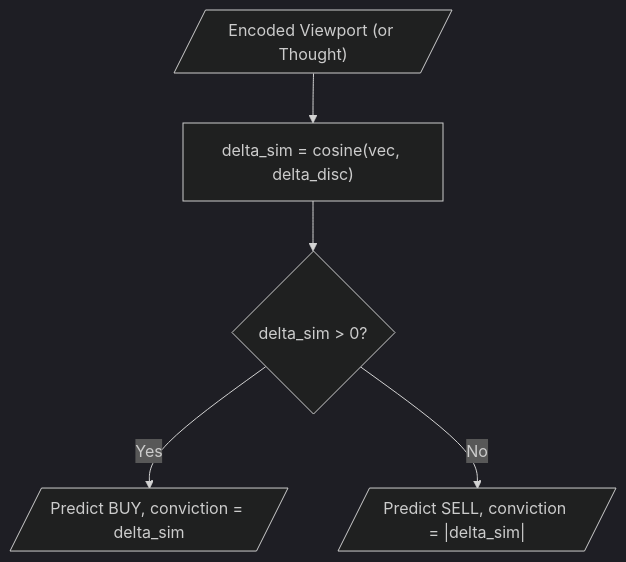
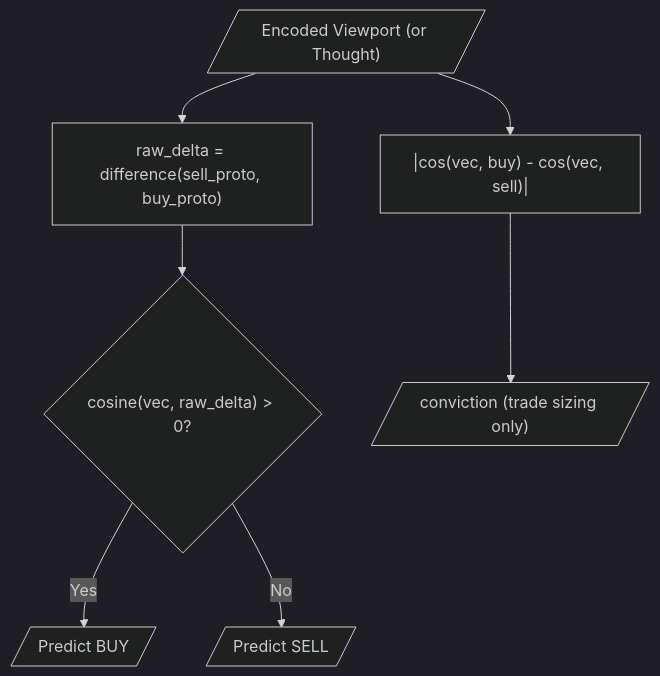
One commit to watmin/holon-lab-trading changed the first of 4 diagrams in EXPERIMENT_LOG.md. Above: the diagram before and after it, drawn with Mermaid (dark theme). The commit also changed other lines of this file and 5 other files, not shown here.

First line of the commit message:
fix: remove smoothed delta_disc, use raw delta for direction prediction

````diff
--- a/EXPERIMENT_LOG.md
+++ b/EXPERIMENT_LOG.md
@@ -112,7 +134,9 @@
 ```mermaid
 flowchart TD
-    V[/"Encoded Viewport (or Thought)"/] --> DS["delta_sim = cosine(vec, delta_disc)"]
-    DS --> DIR{"delta_sim > 0?"}
-    DIR -->|Yes| BUY[/"Predict BUY, conviction = delta_sim"/]
-    DIR -->|No| SELL[/"Predict SELL, conviction = |delta_sim|"/]
+    V[/"Encoded Viewport (or Thought)"/] --> DELTA["raw_delta = difference(sell_proto, buy_proto)"]
+    DELTA --> DIR{"cosine(vec, raw_delta) > 0?"}
+    DIR -->|Yes| BUY[/"Predict BUY"/]
+    DIR -->|No| SELL[/"Predict SELL"/]
+    V --> CONV["|cos(vec, buy) - cos(vec, sell)|"]
+    CONV --> SIZE[/"conviction (trade sizing only)"/]
 ```
````
